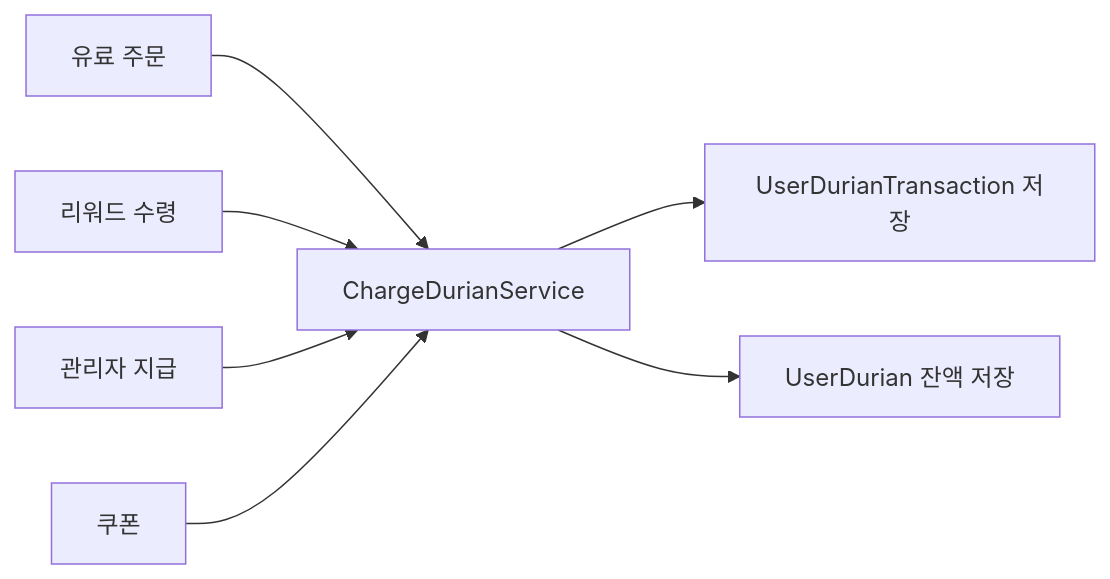
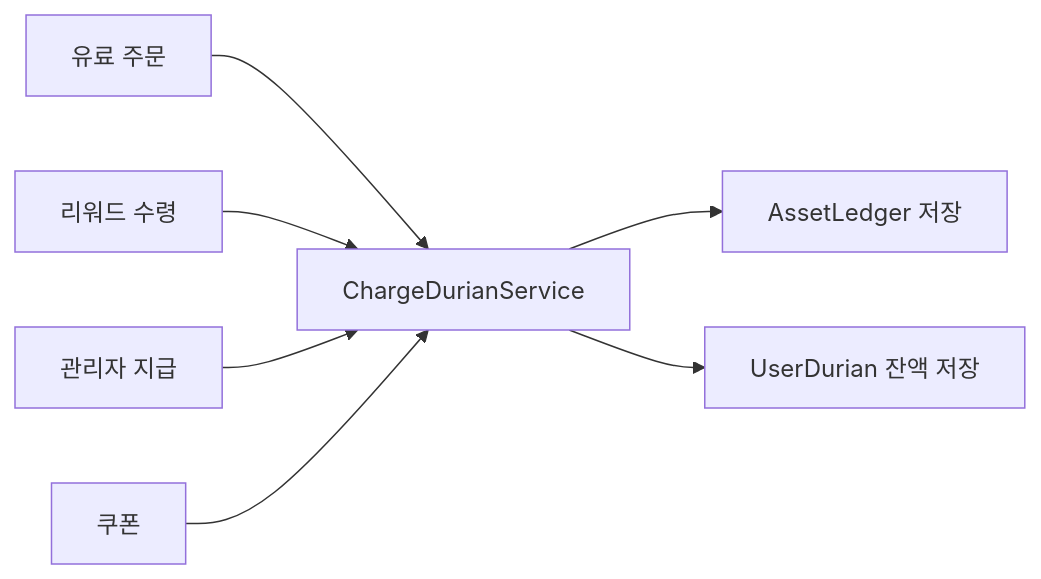
Before and after one commit to jiwon11/jiwon11.github.io: the eighth of 13 diagrams in _posts/2026-03-20-reward-creation-receipt-charge-responsibility.md, drawn with Mermaid. The commit also changed other lines of this file and 9 other files, not shown here.

```diff
--- a/_posts/2026-03-20-reward-creation-receipt-charge-responsibility.md
+++ b/_posts/2026-03-20-reward-creation-receipt-charge-responsibility.md
@@ -346,9 +344,9 @@
 ~~~mermaid
 flowchart LR
     O["유료 주문"] --> C["ChargeDurianService"]
     R["리워드 수령"] --> C
     A["관리자 지급"] --> C
     P["쿠폰"] --> C
-    C --> T["UserDurianTransaction 저장"]
+    C --> T["AssetLedger 저장"]
     C --> U["UserDurian 잔액 저장"]
 ~~~
```
